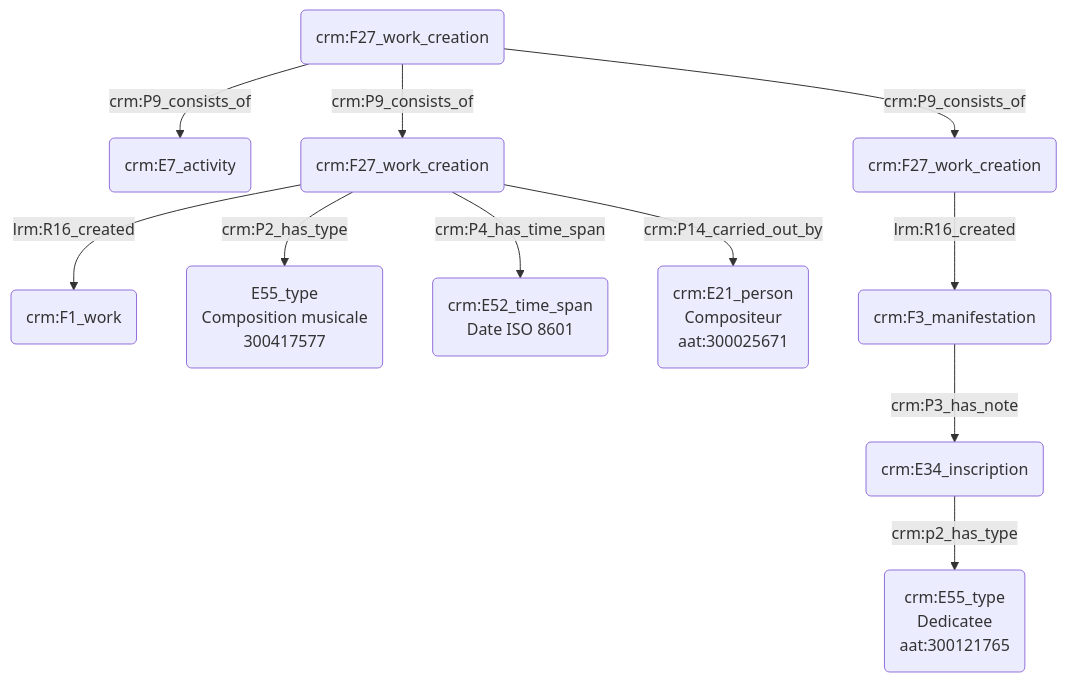
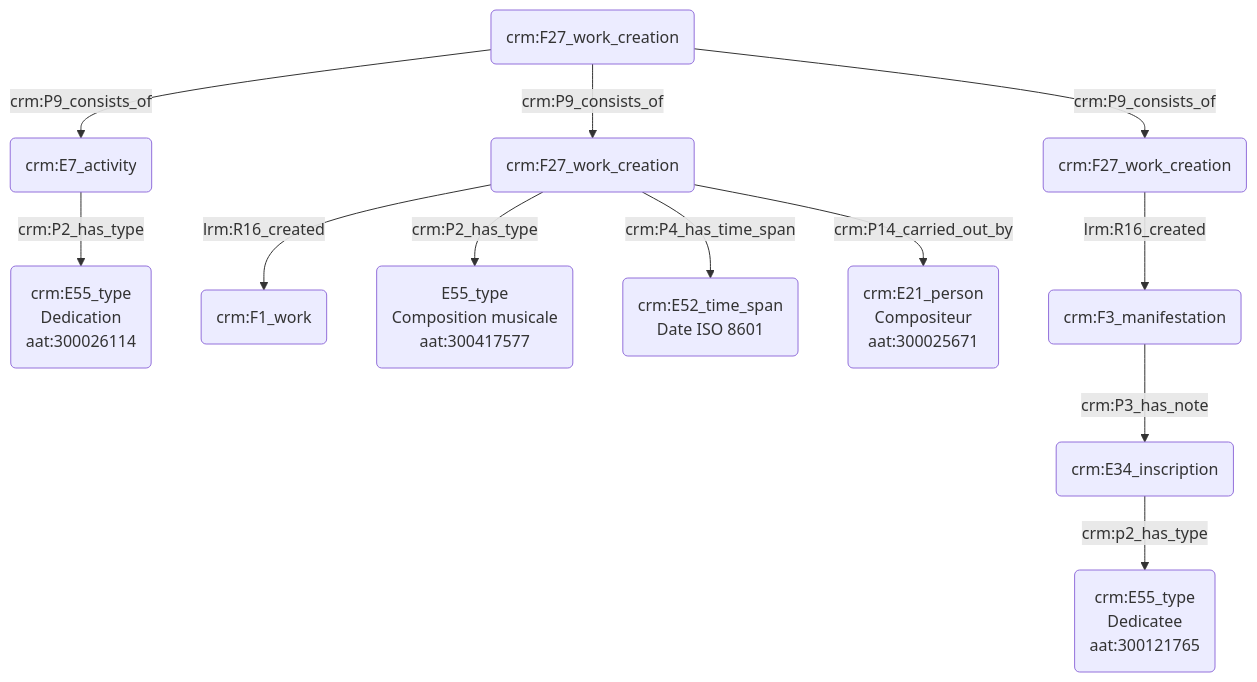
One commit to Amleth/consortium-musica2-gt2-ontologies changed the diagram in modules/livrables/Dossier 2/Indexation conceptuelle/dédicataire d'une œuvre.md. Above: the diagram before and after it, drawn with Mermaid.

Commit message:
Update dédicataire d'une œuvre.md

````diff
--- a/modules/livrables/Dossier 2/Indexation conceptuelle/dédicataire d'une œuvre.md
+++ b/modules/livrables/Dossier 2/Indexation conceptuelle/dédicataire d'une œuvre.md
@@ -17,21 +17,19 @@
 ```mermaid
 graph TD;
 
 M(crm:F27_work_creation) --> |crm:P9_consists_of| C(crm:E7_activity)
 M(crm:F27_work_creation) --> |crm:P9_consists_of| A(crm:F27_work_creation)
 M(crm:F27_work_creation) --> |crm:P9_consists_of| G(crm:F27_work_creation)
 
+C(crm:E7_activity) --> |crm:P2_has_type| O(crm:E55_type<br>Dedication<br>aat:300026114)
+
 A(crm:F27_work_creation) --> |lrm:R16_created| B(crm:F1_work)
-A(crm:F27_work_creation) --> |crm:P2_has_type| N(E55_type<br>Composition musicale<br>300417577)
+A(crm:F27_work_creation) --> |crm:P2_has_type| N(E55_type<br>Composition musicale<br>aat:300417577)
 A(crm:F27_work_creation) --> |crm:P4_has_time_span| J(crm:E52_time_span<br>Date ISO 8601)
 A(crm:F27_work_creation) --> |crm:P14_carried_out_by| L(crm:E21_person<br>Compositeur<br>aat:300025671)
-
-
 
 G(crm:F27_work_creation) --> |lrm:R16_created| E(crm:F3_manifestation) 
 E(crm:F3_manifestation) --> |crm:P3_has_note| H(crm:E34_inscription)
 H(crm:E34_inscription) --> |crm:p2_has_type| F(crm:E55_type<br>Dedicatee<br>aat:300121765)
 
-
-
 ```
````
